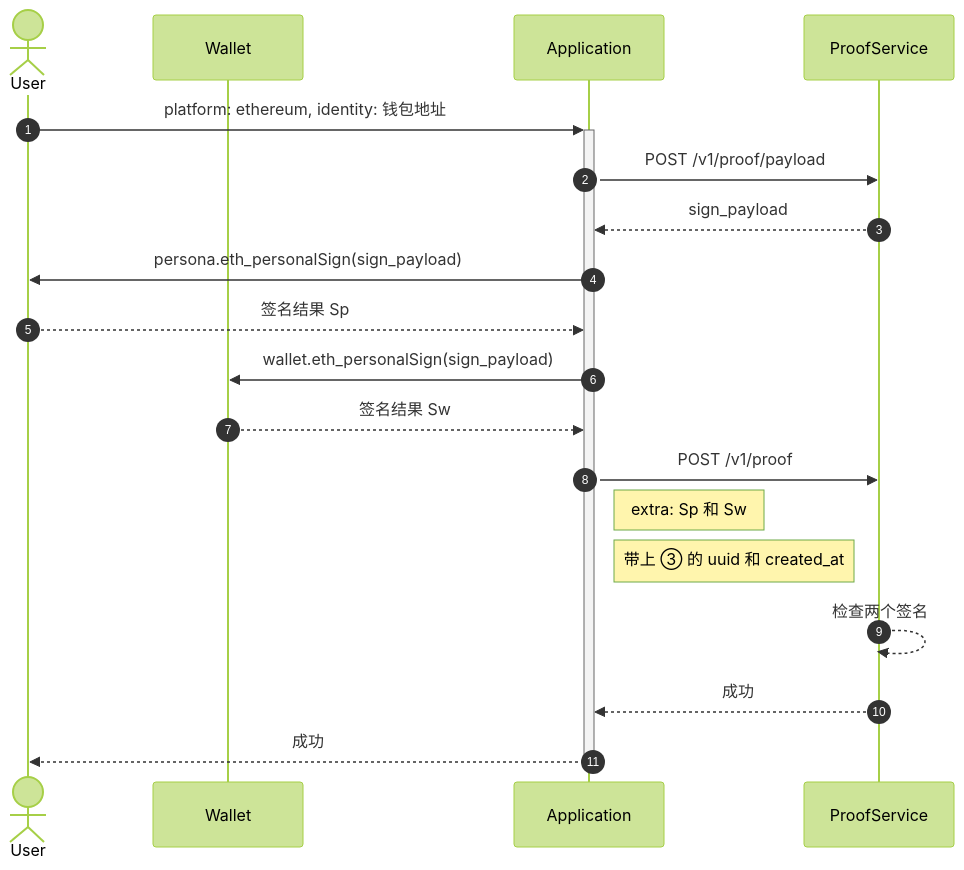
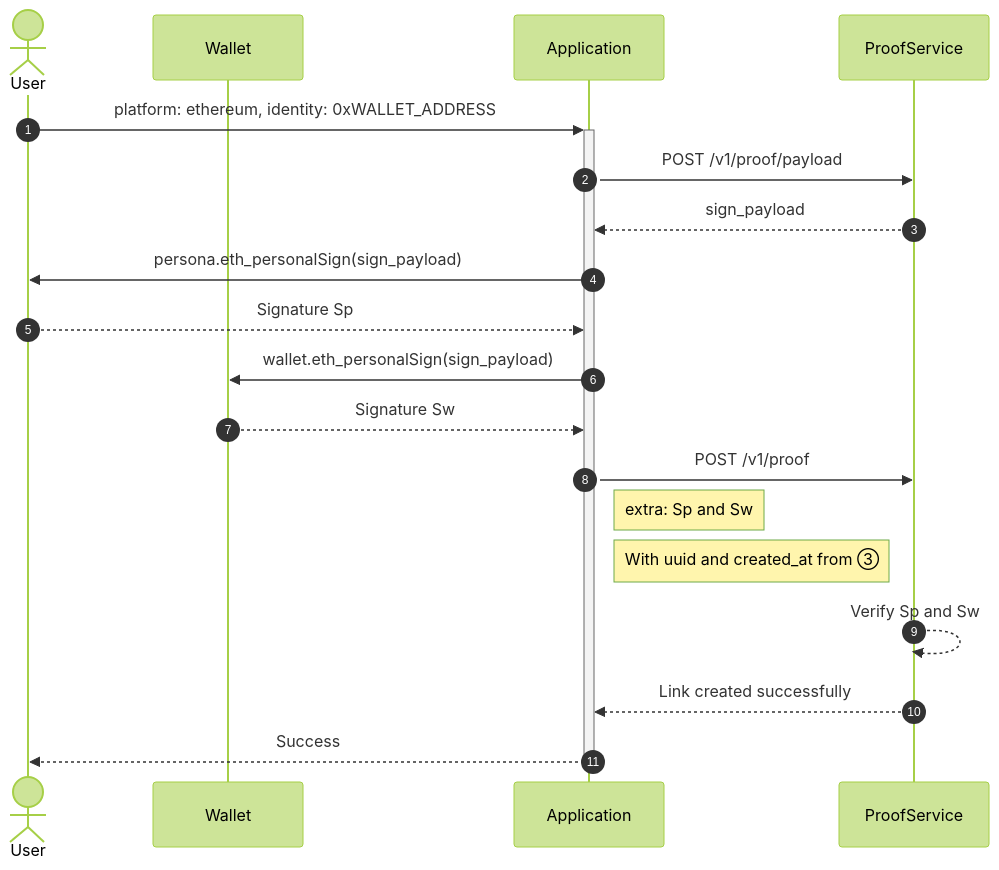
The second of 3 diagrams in i18n/zh-Hans/docusaurus-plugin-content-docs/current/proof-service/flow.md (NextDotID/docs), drawn with Mermaid (forest theme) before and after one commit. The commit also changed other lines of this file and 61 other files, not shown here.

````diff
--- a/i18n/zh-Hans/docusaurus-plugin-content-docs/current/proof-service/flow.md
+++ b/i18n/zh-Hans/docusaurus-plugin-content-docs/current/proof-service/flow.md
@@ -53,22 +53,22 @@
 ```mermaid
 sequenceDiagram
     autonumber
     actor U as User
     participant W as Wallet
     participant A as Application
     participant PS as ProofService
 
-    U ->>+ A : platform: ethereum, identity: 钱包地址
+    U ->>+ A : platform: ethereum, identity: 0xWALLET_ADDRESS
     A ->> PS : POST /v1/proof/payload
     PS -->> A : sign_payload
     A ->> U : persona.eth_personalSign(sign_payload)
-    U -->> A : 签名结果 Sp
+    U -->> A : Signature Sp
     A ->> W : wallet.eth_personalSign(sign_payload)
-    W -->> A : 签名结果 Sw
+    W -->> A : Signature Sw
     A ->> PS : POST /v1/proof
-    note right of A : extra: Sp 和 Sw
-    note right of A : 带上 ③ 的 uuid 和 created_at
-    PS -->> PS : 检查两个签名
-    PS -->> A : 成功
-    A -->>- U : 成功
+    note right of A : extra: Sp and Sw
+    note right of A : With uuid and created_at from ③
+    PS -->> PS : Verify Sp and Sw
+    PS -->> A : Link created successfully
+    A -->>- U : Success
 ```
````
